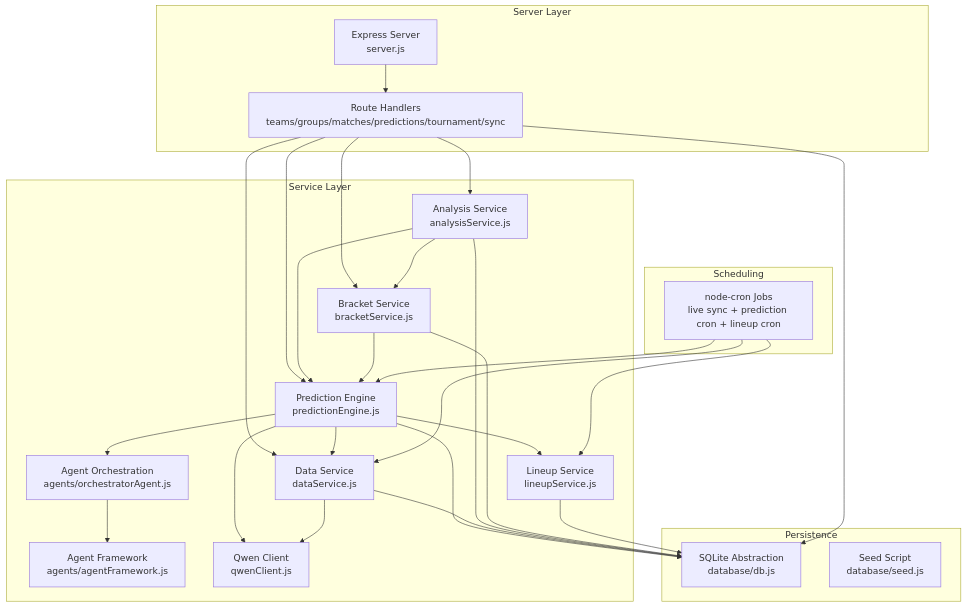
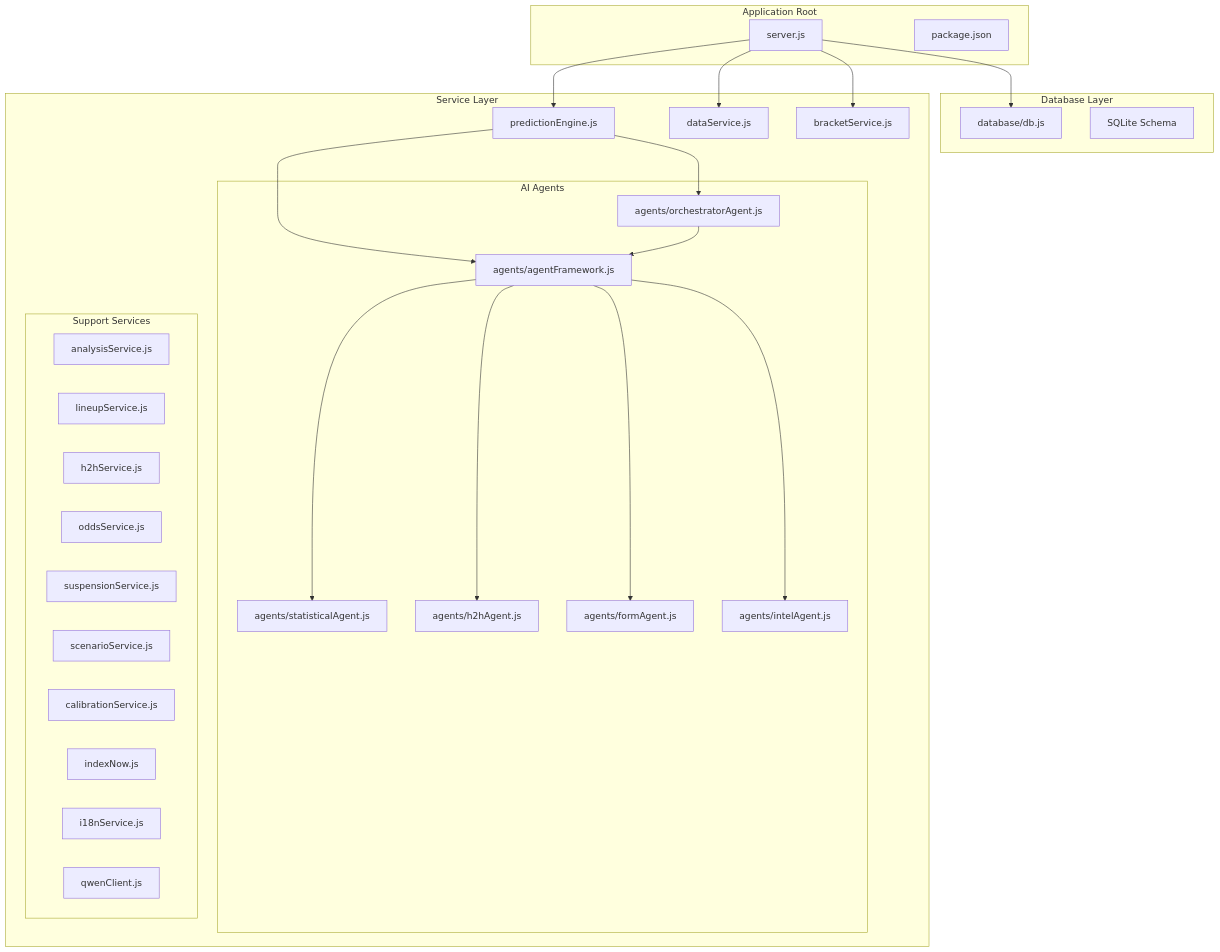
The first of 10 diagrams in .qoder/repowiki/en/content/System Architecture/Backend Architecture.md (cheesiong/WC26-qwen), drawn with Mermaid before and after one commit. The commit also changed other lines of this file and 181 other files, not shown here.

````diff
--- a/.qoder/repowiki/en/content/System Architecture/Backend Architecture.md
+++ b/.qoder/repowiki/en/content/System Architecture/Backend Architecture.md
@@ -49,47 +43,47 @@
 ```mermaid
 graph TB
-subgraph "Server Layer"
-Express["Express Server<br/>server.js"]
-Routes["Route Handlers<br/>teams/groups/matches/predictions/tournament/sync"]
+subgraph "Application Root"
+Server[server.js]
+Package[package.json]
+end
+subgraph "Database Layer"
+DB[database/db.js]
+Schema[SQLite Schema]
 end
 subgraph "Service Layer"
-Pred["Prediction Engine<br/>predictionEngine.js"]
-Data["Data Service<br/>dataService.js"]
-Analyze["Analysis Service<br/>analysisService.js"]
-Bracket["Bracket Service<br/>bracketService.js"]
-Agents["Agent Orchestration<br/>agents/orchestratorAgent.js"]
-AgentFW["Agent Framework<br/>agents/agentFramework.js"]
-Qwen["Qwen Client<br/>qwenClient.js"]
-Lineup["Lineup Service<br/>lineupService.js"]
+Pred[predictionEngine.js]
+Data[dataService.js]
+Bracket[bracketService.js]
+subgraph "AI Agents"
+AgentFramework[agents/agentFramework.js]
+Orchestrator[agents/orchestratorAgent.js]
+Stats[agents/statisticalAgent.js]
+H2H[agents/h2hAgent.js]
+Form[agents/formAgent.js]
+Intel[agents/intelAgent.js]
 end
-subgraph "Persistence"
-DB["SQLite Abstraction<br/>database/db.js"]
-Seed["Seed Script<br/>database/seed.js"]
+subgraph "Support Services"
+Analysis[analysisService.js]
+Lineup[lineupService.js]
+H2HService[h2hService.js]
+Odds[oddsService.js]
+Suspension[suspensionService.js]
+Scenario[scenarioService.js]
+Calibration[calibrationService.js]
+IndexNow[indexNow.js]
+I18N[i18nService.js]
+Qwen[qwenClient.js]
 end
-subgraph "Scheduling"
-Cron["node-cron Jobs<br/>live sync + prediction cron + lineup cron"]
 end
-Express --> Routes
-Routes --> Pred
-Routes --> Data
-Routes --> Analyze
-Routes --> Bracket
-Pred --> Data
-Pred --> Agents
-Pred --> Lineup
-Agents --> AgentFW
-Pred --> Qwen
-Data --> Qwen
-Analyze --> Pred
-Analyze --> Bracket
-Bracket --> Pred
-Routes --> DB
-Pred --> DB
-Data --> DB
-Analyze --> DB
-Bracket --> DB
-Lineup --> DB
-Cron --> Data
-Cron --> Pred
-Cron --> Lineup
+Server --> DB
+Server --> Pred
+Server --> Data
+Server --> Bracket
+Pred --> AgentFramework
+Pred --> Orchestrator
+Orchestrator --> AgentFramework
+AgentFramework --> Stats
+AgentFramework --> H2H
+AgentFramework --> Form
+AgentFramework --> Intel
 ```
````
